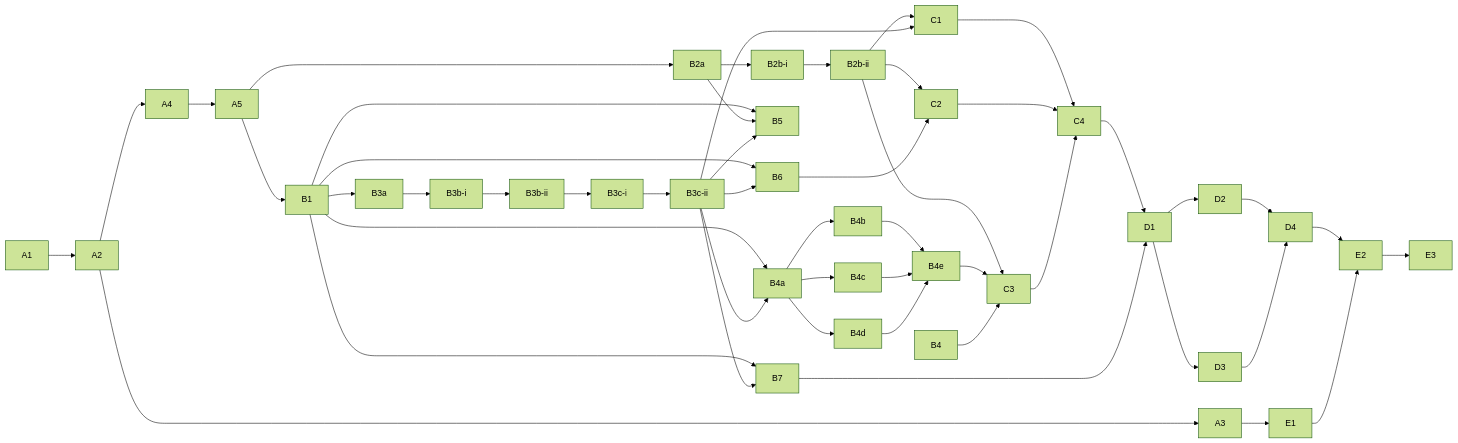
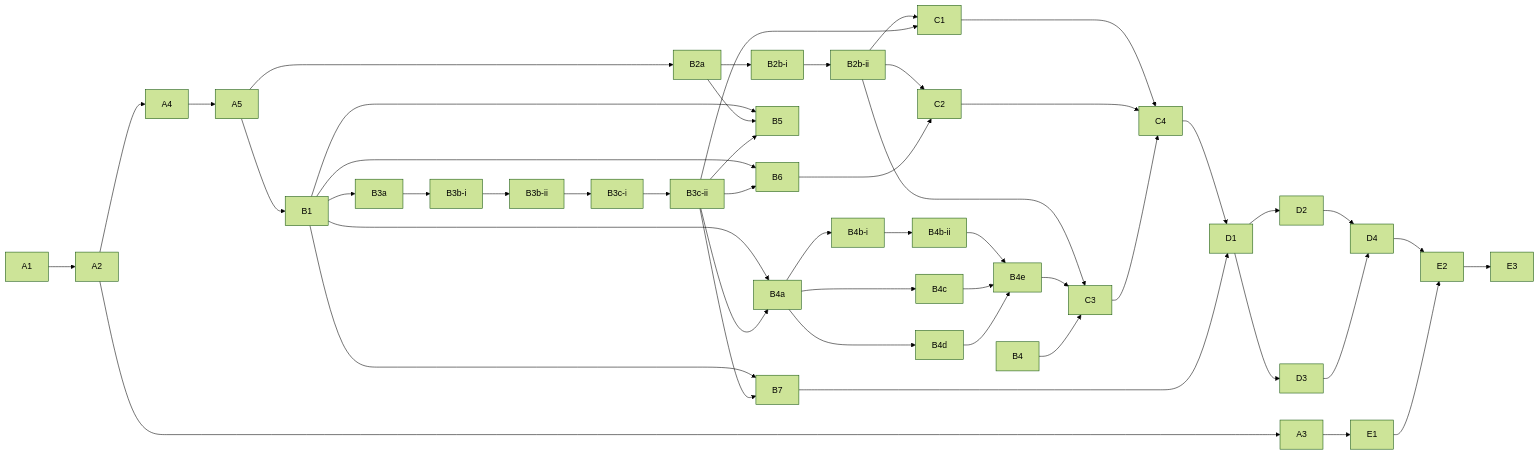
Before and after one commit to andreavadacchino/cPanel_self-migration: the diagram in tasks/BACKLOG.md, drawn with Mermaid (forest theme). The commit also changed other lines of this file and 9 other files, not shown here.

````diff
--- a/tasks/BACKLOG.md
+++ b/tasks/BACKLOG.md
@@ -126,43 +151,43 @@
 ```mermaid
 graph LR
   A1-->A2
   A2-->A3
   A2-->A4-->A5
   A5-->B1
   A5-->B2a-->B2b-i-->B2b-ii
   B1-->B3a-->B3b-i-->B3b-ii-->B3c-i-->B3c-ii
   B1-->B4a
   B3c-ii-->B4a
-  B4a-->B4b
+  B4a-->B4b-i-->B4b-ii
   B4a-->B4c
   B4a-->B4d
-  B4b-->B4e
+  B4b-ii-->B4e
   B4c-->B4e
   B4d-->B4e
   B1-->B5
   B2a-->B5
   B3c-ii-->B5
   B1-->B6
   B3c-ii-->B6
   B1-->B7
   B3c-ii-->B7
   B2b-ii-->C1
   B3c-ii-->C1
   B2b-ii-->C2
   B6-->C2
   B2b-ii-->C3
   B4e-->C3
   B4-->C3
   C1-->C4
   C2-->C4
   C3-->C4
   C4-->D1
   B7-->D1
   D1-->D2
   D1-->D3
   D2-->D4
   D3-->D4
   A3-->E1
   D4-->E2
   E1-->E2-->E3
 ```
````
